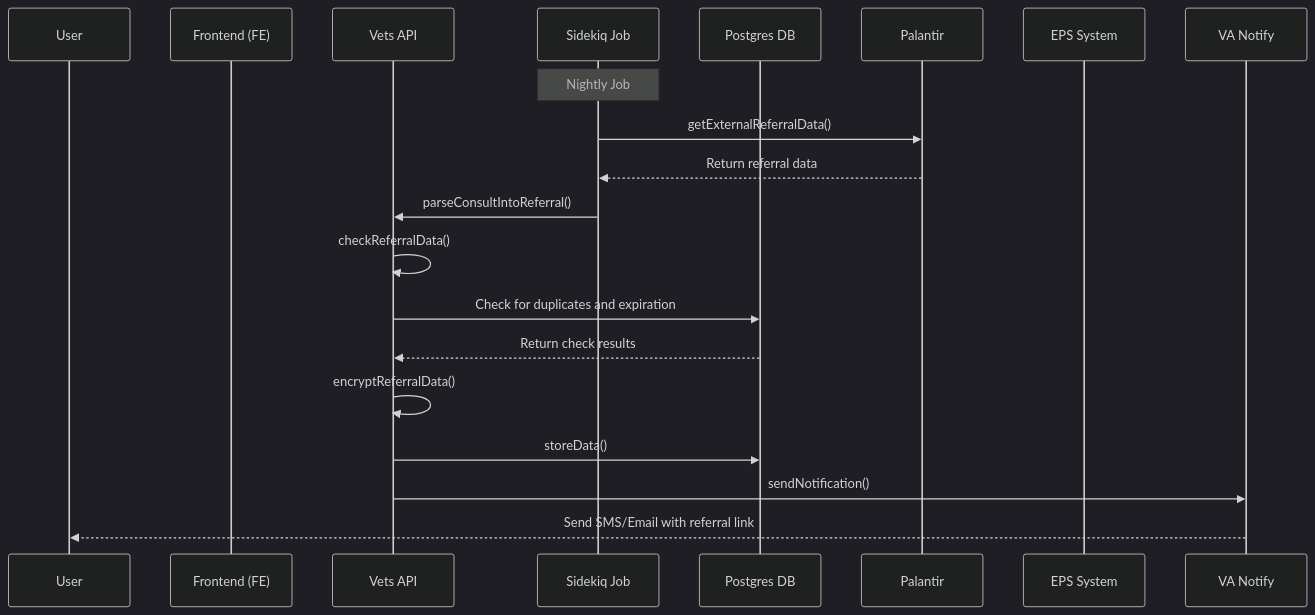
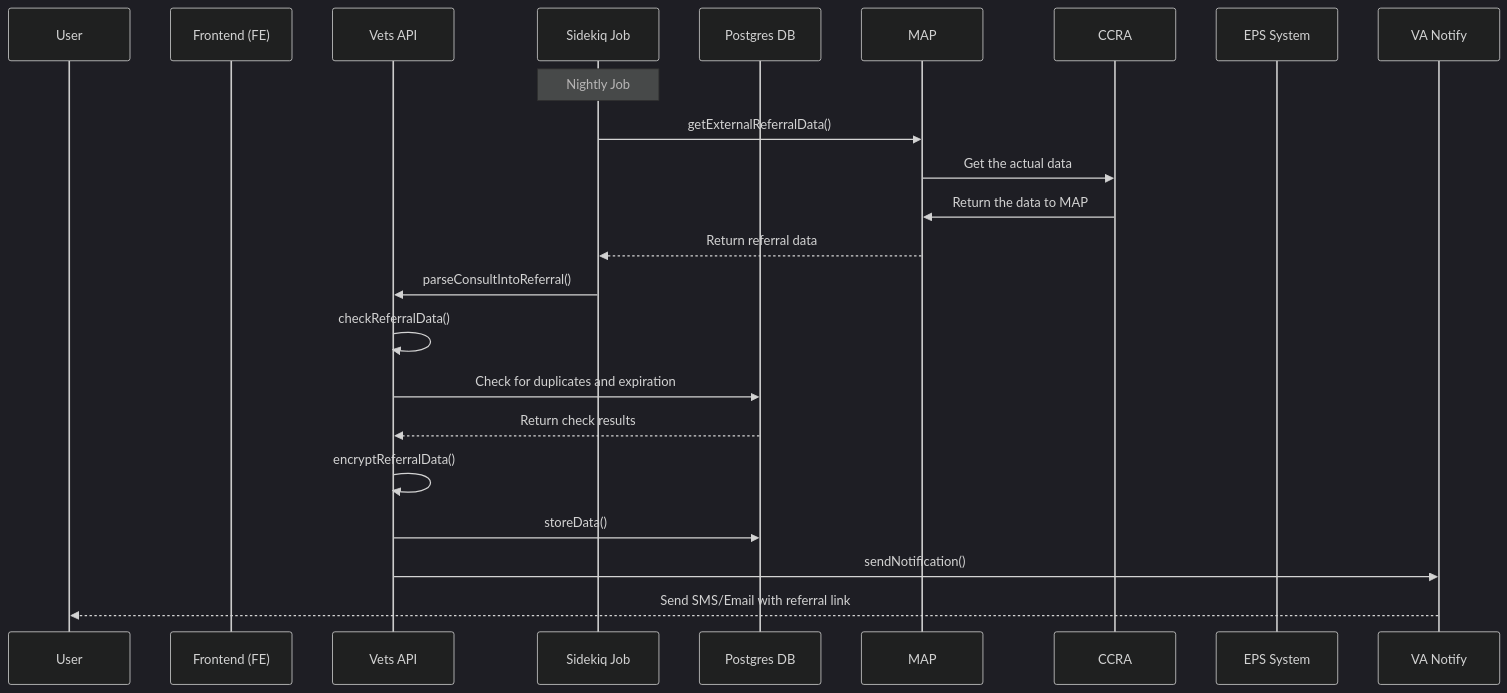
The third of 4 diagrams in products/health-care/appointments/va-online-scheduling/engineering/architecture/community-care-technical-documentation.md (department-of-veterans-affairs/va.gov-team), drawn with Mermaid (dark theme) before and after one commit. The commit also changed other lines of this file, not shown here.

````diff
--- a/products/health-care/appointments/va-online-scheduling/engineering/architecture/community-care-technical-documentation.md
+++ b/products/health-care/appointments/va-online-scheduling/engineering/architecture/community-care-technical-documentation.md
@@ -106,23 +106,26 @@
 ```mermaid
 sequenceDiagram
     participant User
     participant Frontend as Frontend (FE)
     participant VetsAPI as Vets API
     participant Sidekiq as Sidekiq Job
     participant Postgres as Postgres DB
-    participant Palantir as Palantir
+    participant MAP as MAP
+    participant CCRA as CCRA
     participant EPS as EPS System
     participant VA as VA Notify
 
     Note over Sidekiq: Nightly Job
-    Sidekiq->>Palantir: getExternalReferralData()
-    Palantir-->>Sidekiq: Return referral data
+    Sidekiq->>MAP: getExternalReferralData()
+    MAP->>CCRA: Get the actual data
+    CCRA->>MAP: Return the data to MAP
+    MAP-->>Sidekiq: Return referral data
     Sidekiq->>VetsAPI: parseConsultIntoReferral()
     VetsAPI->>VetsAPI: checkReferralData()
     VetsAPI->>Postgres: Check for duplicates and expiration
     Postgres-->>VetsAPI: Return check results
     VetsAPI->>VetsAPI: encryptReferralData()
     VetsAPI->>Postgres: storeData()
     VetsAPI->>VA: sendNotification()
     VA-->>User: Send SMS/Email with referral link
 ```
````
